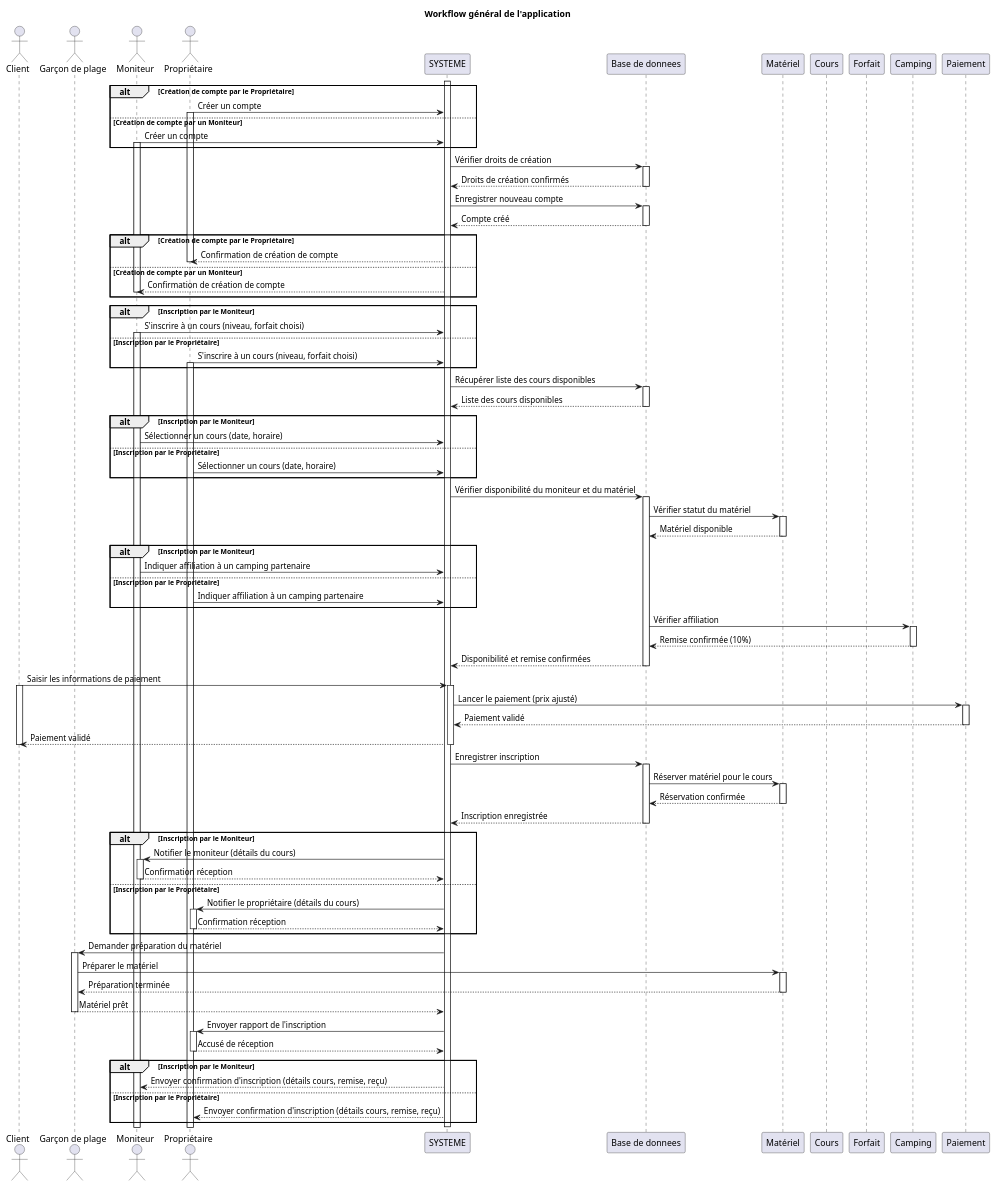
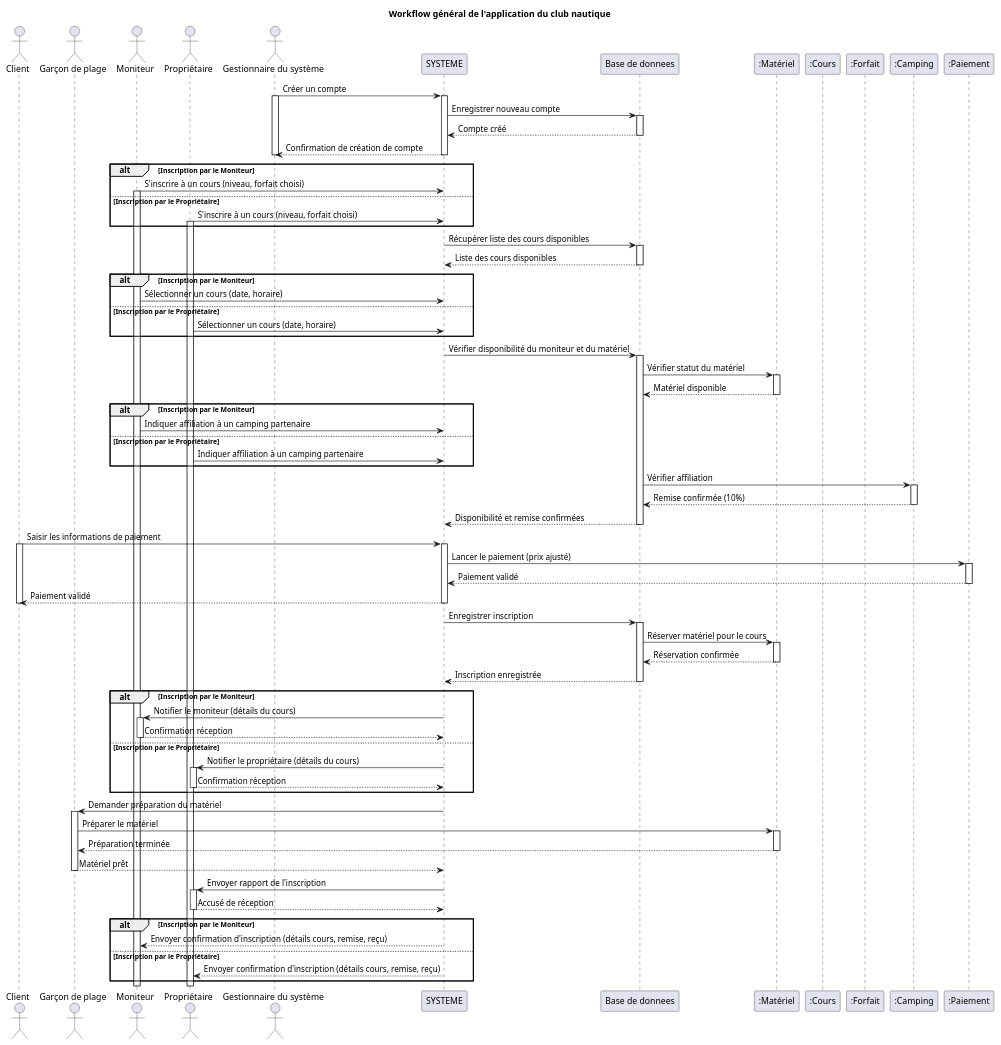
One commit to Hugo-COLLIN/MIAGE_CSI_NauticalClub changed the diagram in docs/1-analysis/sequenceDiagrams/workflowSequenceDiagram.puml. Above: the diagram before and after it, drawn with PlantUML.

Commit message:
docs: updating general workflow based on account creation changes

```diff
--- a/docs/1-analysis/sequenceDiagrams/workflowSequenceDiagram.puml
+++ b/docs/1-analysis/sequenceDiagrams/workflowSequenceDiagram.puml
@@ -1,140 +1,126 @@
 @startuml
 actor Client as C
 actor "Garçon de plage" as G
 actor "Moniteur" as M
 actor "Propriétaire" as P
+actor "Gestionnaire du système" as A
 participant "SYSTEME" as App
 participant "Base de donnees" as DB
-participant "Matériel" as Mat
-participant "Cours" as Cour
-participant "Forfait" as Forf
-participant "Camping" as Camp
-participant "Paiement" as Pay
+participant ":Matériel" as Mat
+participant ":Cours" as Cour
+participant ":Forfait" as Forf
+participant ":Camping" as Camp
+participant ":Paiement" as Pay
 
-title Workflow général de l'application
+title Workflow général de l'application du club nautique
 
-alt Création de compte par le Propriétaire
-    P -> App : Créer un compte
-    activate P
-else Création de compte par un Moniteur
-    M -> App : Créer un compte
-    activate M
-end
-
-App -> DB : Vérifier droits de création
-activate DB
-DB --> App : Droits de création confirmés
-deactivate DB
-
+A -> App : Créer un compte
+activate A
+activate App
 App -> DB : Enregistrer nouveau compte
 activate DB
 DB --> App : Compte créé
 deactivate DB
-
-alt Création de compte par le Propriétaire
-    App --> P : Confirmation de création de compte
-    deactivate P
-else Création de compte par un Moniteur
-    App --> M : Confirmation de création de compte
-    deactivate M
-end
+App --> A : Confirmation de création de compte
+deactivate App
+deactivate A
 
 alt Inscription par le Moniteur
     M -> App : S'inscrire à un cours (niveau, forfait choisi)
     activate M
 else Inscription par le Propriétaire
     P -> App : S'inscrire à un cours (niveau, forfait choisi)
     activate P
 end
 
 activate App
 
 App -> DB : Récupérer liste des cours disponibles
 activate DB
 DB --> App : Liste des cours disponibles
 deactivate DB
 
 alt Inscription par le Moniteur
     M -> App : Sélectionner un cours (date, horaire)
 else Inscription par le Propriétaire
     P -> App : Sélectionner un cours (date, horaire)
 end
 
 App -> DB : Vérifier disponibilité du moniteur et du matériel
 activate DB
 DB -> Mat : Vérifier statut du matériel
 activate Mat
 Mat --> DB : Matériel disponible
 deactivate Mat
 
 alt Inscription par le Moniteur
     M -> App : Indiquer affiliation à un camping partenaire
 else Inscription par le Propriétaire
     P -> App : Indiquer affiliation à un camping partenaire
 end
 
 DB -> Camp : Vérifier affiliation
 activate Camp
 Camp --> DB : Remise confirmée (10%)
 deactivate Camp
 
 DB --> App : Disponibilité et remise confirmées
 deactivate DB
 
 C -> App : Saisir les informations de paiement
 activate C
 activate App
 App -> Pay : Lancer le paiement (prix ajusté)
 activate Pay
 Pay --> App : Paiement validé
 deactivate Pay
 App --> C : Paiement validé
 deactivate C
 deactivate App
 
 App -> DB : Enregistrer inscription
 activate DB
 DB -> Mat : Réserver matériel pour le cours
 activate Mat
 Mat --> DB : Réservation confirmée
 deactivate Mat
 DB --> App : Inscription enregistrée
 deactivate DB
 
 alt Inscription par le Moniteur
     App -> M : Notifier le moniteur (détails du cours)
     activate M
     M --> App : Confirmation réception
     deactivate M
 else Inscription par le Propriétaire
     App -> P : Notifier le propriétaire (détails du cours)
     activate P
     P --> App : Confirmation réception
     deactivate P
 end
 
 App -> G : Demander préparation du matériel
 activate G
 G -> Mat : Préparer le matériel
 activate Mat
 Mat --> G : Préparation terminée
 deactivate Mat
 G --> App : Matériel prêt
 deactivate G
 
 App -> P : Envoyer rapport de l'inscription
 activate P
 P --> App : Accusé de réception
 deactivate P
 
 alt Inscription par le Moniteur
     App --> M : Envoyer confirmation d'inscription (détails cours, remise, reçu)
 else Inscription par le Propriétaire
     App --> P : Envoyer confirmation d'inscription (détails cours, remise, reçu)
 end
 
 deactivate G
 deactivate App
 deactivate C
 
 @enduml
```
